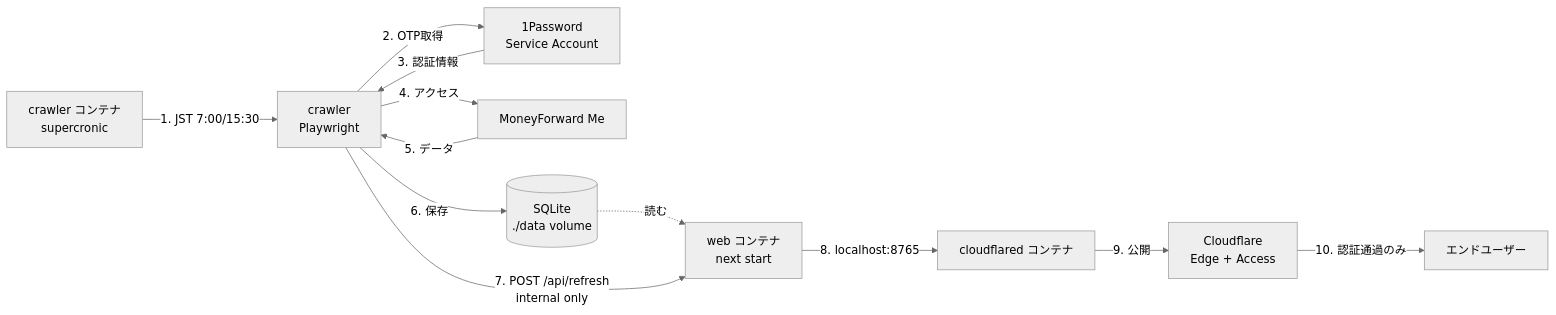
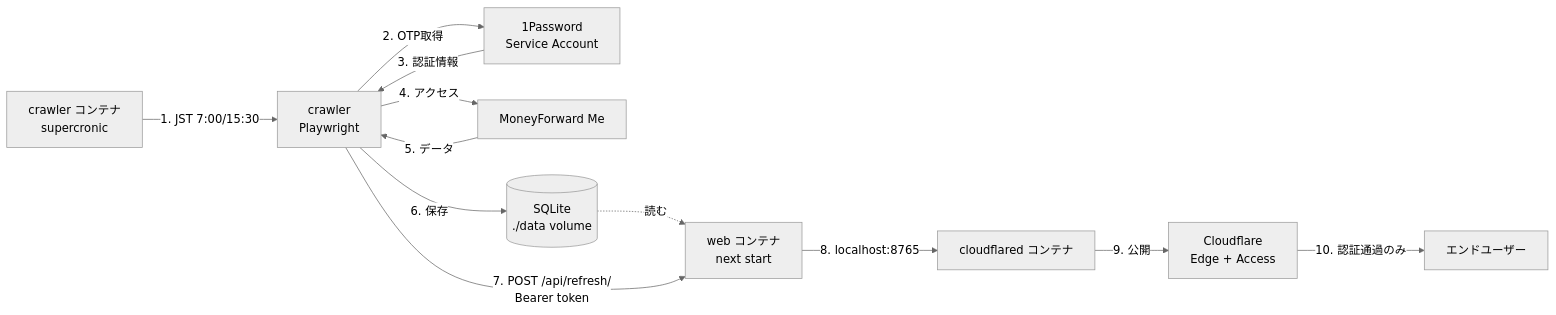
One commit to hiroppy/mf-dashboard changed the diagram in README.md. Above: the diagram before and after it, drawn with Mermaid (neutral theme). The commit also changed other lines of this file and 5 other files, not shown here.

````diff
--- a/README.md
+++ b/README.md
@@ -47,14 +47,14 @@
 ```mermaid
 graph LR
     A[crawler コンテナ<br/>supercronic] -->|1. JST 7:00/15:30| B[crawler<br/>Playwright]
     B -->|2. OTP取得| E[1Password<br/>Service Account]
     E -->|3. 認証情報| B
     B -->|4. アクセス| F[MoneyForward Me]
     F -->|5. データ| B
     B -->|6. 保存| C[(SQLite<br/>./data volume)]
     C -.読む.-> W[web コンテナ<br/>next start]
-    B -->|7. POST /api/refresh<br/>internal only| W
+    B -->|7. POST /api/refresh/<br/>Bearer token| W
     W -->|8. localhost:8765| H[cloudflared コンテナ]
     H -->|9. 公開| I[Cloudflare<br/>Edge + Access]
     I -->|10. 認証通過のみ| J[エンドユーザー]
 ```
````
